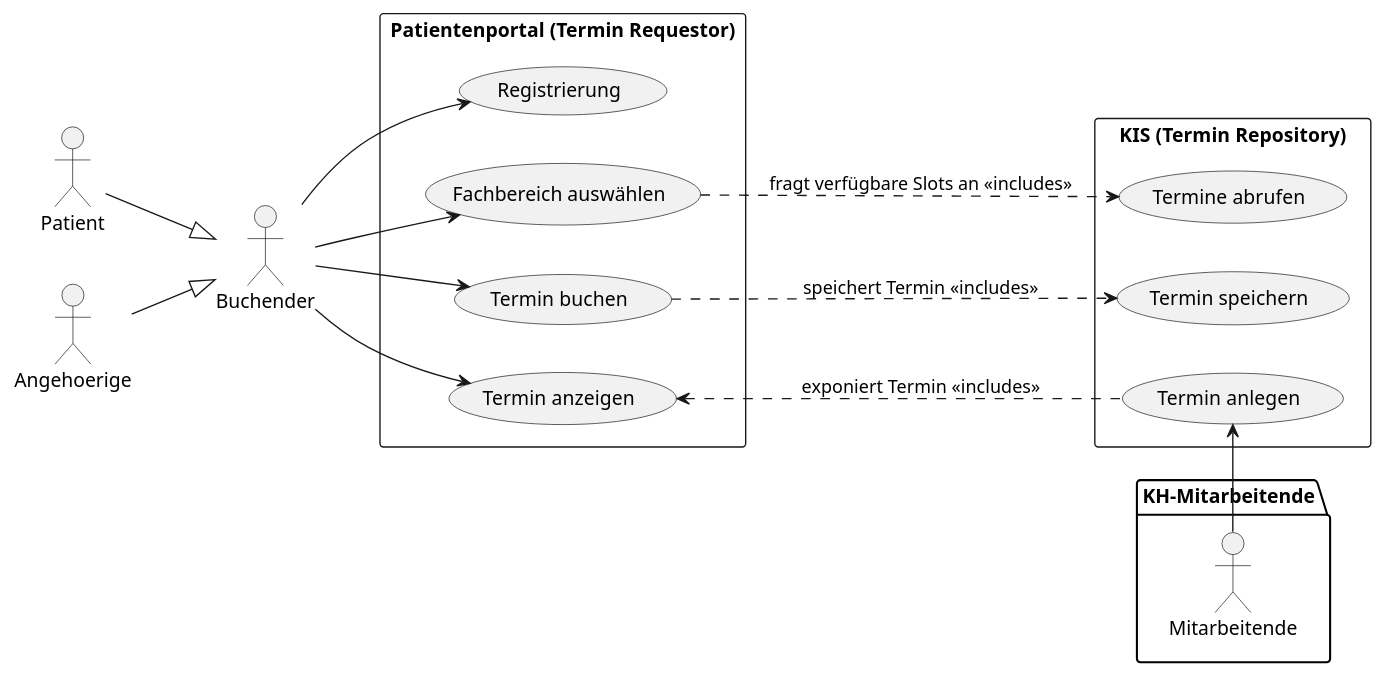
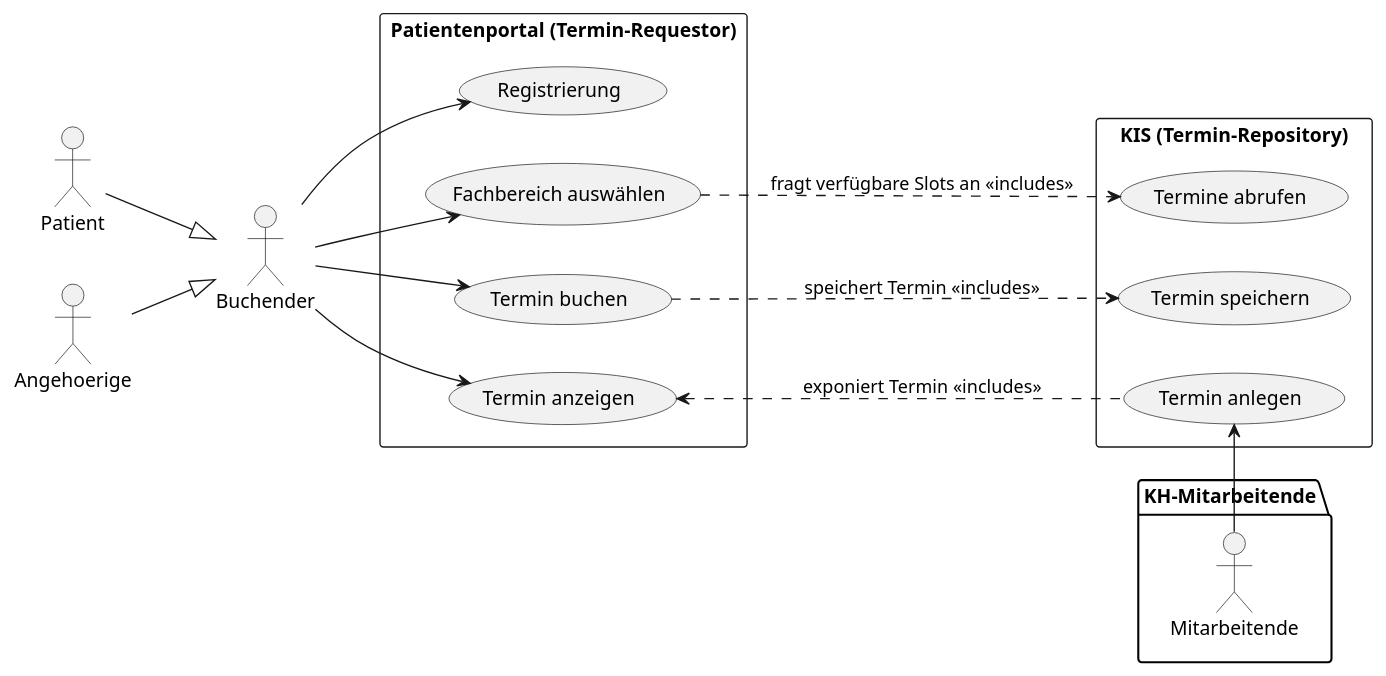
One commit to gematik/spec-ISiK-Basismodul changed the diagram in Material/Terminplanung/images/diagrams/patient-buchung-UseCase.puml. Above: the diagram before and after it, drawn with PlantUML. The commit also changed 16 other files, not shown here.

```diff
--- a/Material/Terminplanung/images/diagrams/patient-buchung-UseCase.puml
+++ b/Material/Terminplanung/images/diagrams/patient-buchung-UseCase.puml
@@ -1,40 +1,40 @@
 @startuml
 ' --- Use-Case-Diagramm ---
 left to right direction
 
 actor Buchender
 actor Patient
 actor Angehoerige
 
 Patient --|> Buchender
 Angehoerige --|> Buchender
 
 
-rectangle "Patientenportal (Termin Requestor)" {
+rectangle "Patientenportal (Termin-Requestor)" {
   usecase "Registrierung" as UC_Registrierung
   usecase "Fachbereich auswählen" as UC_Fachbereich
   usecase "Termin buchen" as UC_Terminbuchung
   usecase "Termin anzeigen" as UC_TerminAnzeigen
 }
-rectangle "KIS (Termin Repository)" {
+rectangle "KIS (Termin-Repository)" {
   usecase "Termine abrufen" as UC_TermineAbrufen
   usecase "Termin speichern" as UC_TerminSpeichern
   usecase "Termin anlegen" as UC_TerminAnlegen
 }
 
 package KH-Mitarbeitende {
   actor "Mitarbeitende" as UserIntern
 }
 
 Buchender --> UC_Registrierung
 Buchender --> UC_Fachbereich
 Buchender --> UC_Terminbuchung
 Buchender --> UC_TerminAnzeigen
 UC_TerminAnzeigen <.. UC_TerminAnlegen : "exponiert Termin <<includes>>"
 UC_Fachbereich ..> UC_TermineAbrufen : "fragt verfügbare Slots an <<includes>>"
 UC_Terminbuchung ..> UC_TerminSpeichern : "speichert Termin <<includes>>"
 UserIntern -> UC_TerminAnlegen
 
 
 
 @enduml
```
